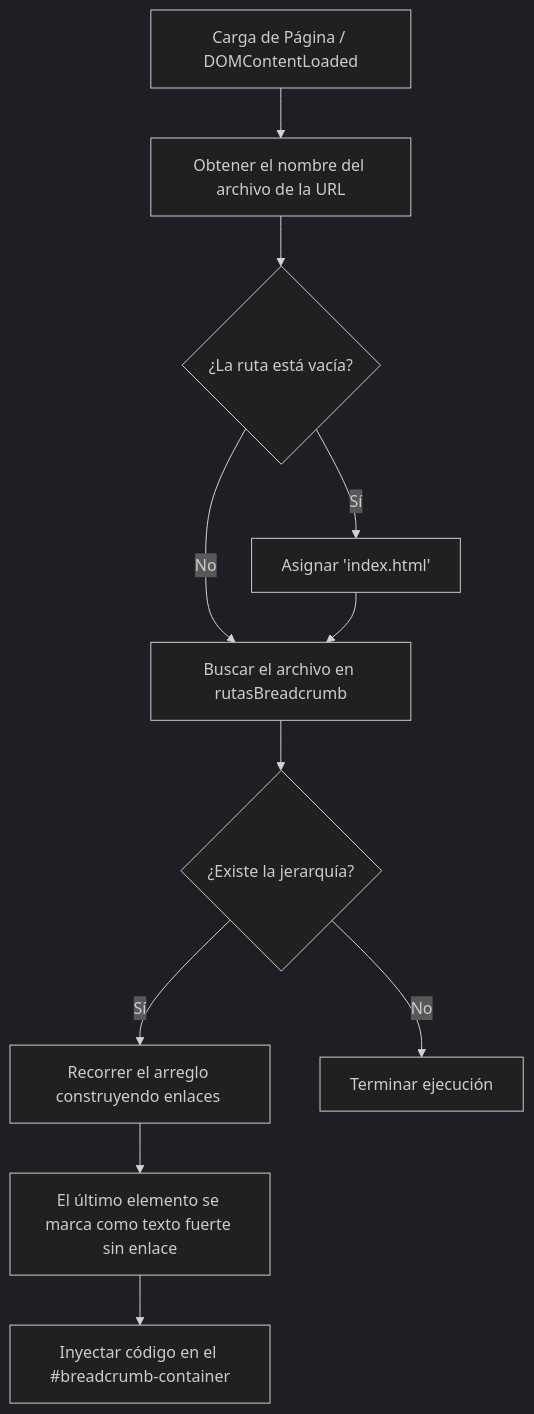
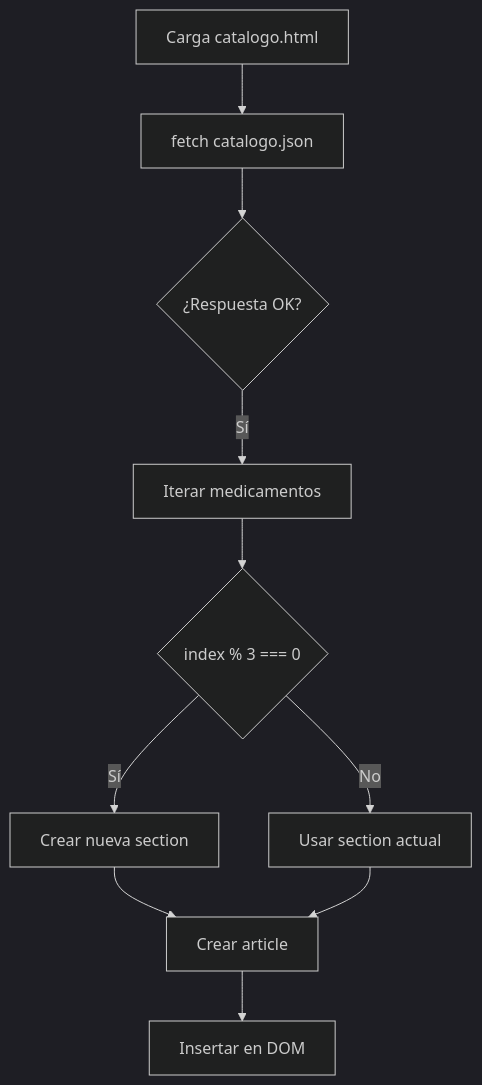
Before and after one commit to zerot-atomic/farmacetica_proyecto: the second of 3 diagrams in README.md, drawn with Mermaid (dark theme). The commit also changed other lines of this file, not shown here.

First line of the commit message:
Revise README for project updates and fetch usage

````diff
--- a/README.md
+++ b/README.md
@@ -136,13 +181,12 @@
 ```mermaid
 flowchart TD
-    A[Carga de Página / DOMContentLoaded] --> B[Obtener el nombre del archivo de la URL]
-    B --> C{¿La ruta está vacía?}
-    C -- Sí --> D[Asignar 'index.html']
-    C -- No --> E[Buscar el archivo en rutasBreadcrumb]
-    D --> E
-    E --> F{¿Existe la jerarquía?}
-    F -- Sí --> G[Recorrer el arreglo construyendo enlaces <a>]
-    G --> H[El último elemento se marca como texto fuerte sin enlace]
-    H --> I[Inyectar código en el #breadcrumb-container]
-    F -- No --> J[Terminar ejecución]
+    A[Carga catalogo.html] --> B[fetch catalogo.json]
+    B --> C{¿Respuesta OK?}
+    C -- Sí --> D[Iterar medicamentos]
+    D --> E{index % 3 === 0}
+    E -- Sí --> F[Crear nueva section]
+    E -- No --> G[Usar section actual]
+    F --> H[Crear article]
+    G --> H
+    H --> I[Insertar en DOM]
 ```
````
